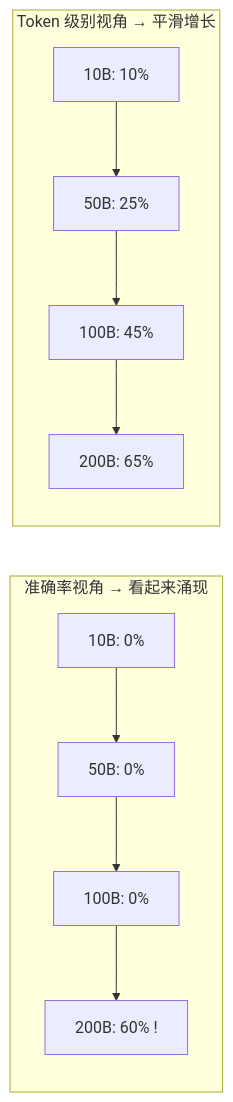
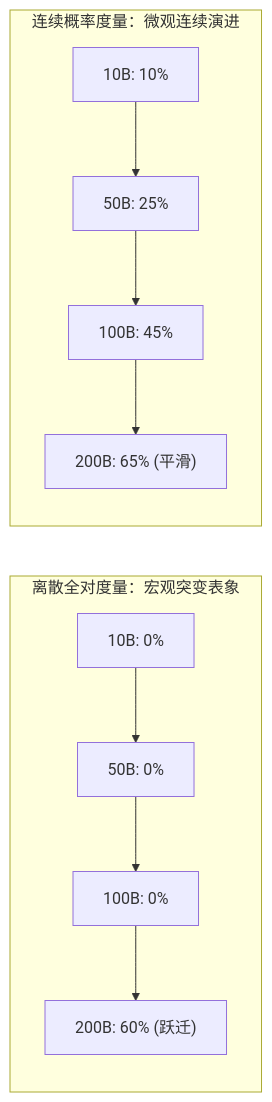
One commit to yingwang/thinking-in-llm changed the second of 4 diagrams in chapters/03-scaling.md. Above: the diagram before and after it, drawn with Mermaid. The commit also changed other lines of this file and 31 other files, not shown here.

````diff
--- a/chapters/03-scaling.md
+++ b/chapters/03-scaling.md
@@ -227,10 +226,10 @@
 ```mermaid
 graph LR
-    subgraph "准确率视角 → 看起来涌现"
-        A1["10B: 0%"] --> A2["50B: 0%"] --> A3["100B: 0%"] --> A4["200B: 60% !"]
+    subgraph "离散全对度量：宏观突变表象"
+        A1["10B: 0%"] --> A2["50B: 0%"] --> A3["100B: 0%"] --> A4["200B: 60% (跃迁)"]
     end
     
-    subgraph "Token 级别视角 → 平滑增长"
-        B1["10B: 10%"] --> B2["50B: 25%"] --> B3["100B: 45%"] --> B4["200B: 65%"]
+    subgraph "连续概率度量：微观连续演进"
+        B1["10B: 10%"] --> B2["50B: 25%"] --> B3["100B: 45%"] --> B4["200B: 65% (平滑)"]
     end
 ```
````
